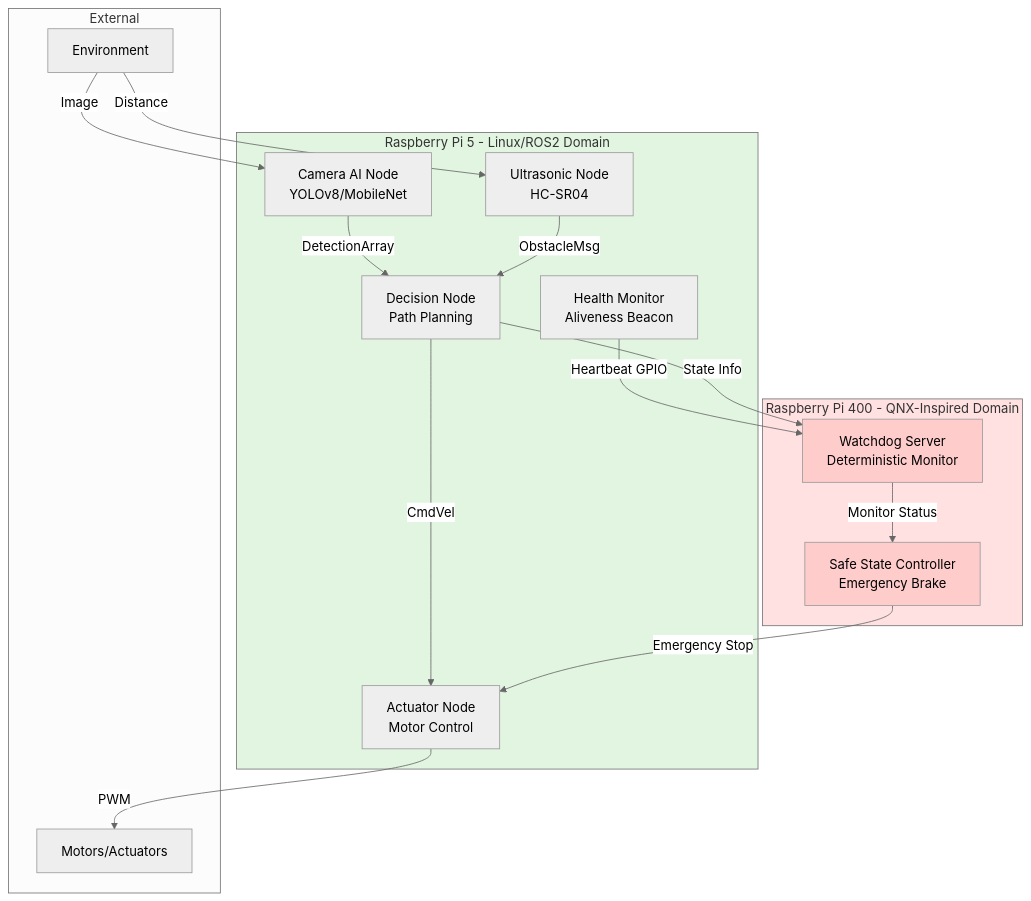
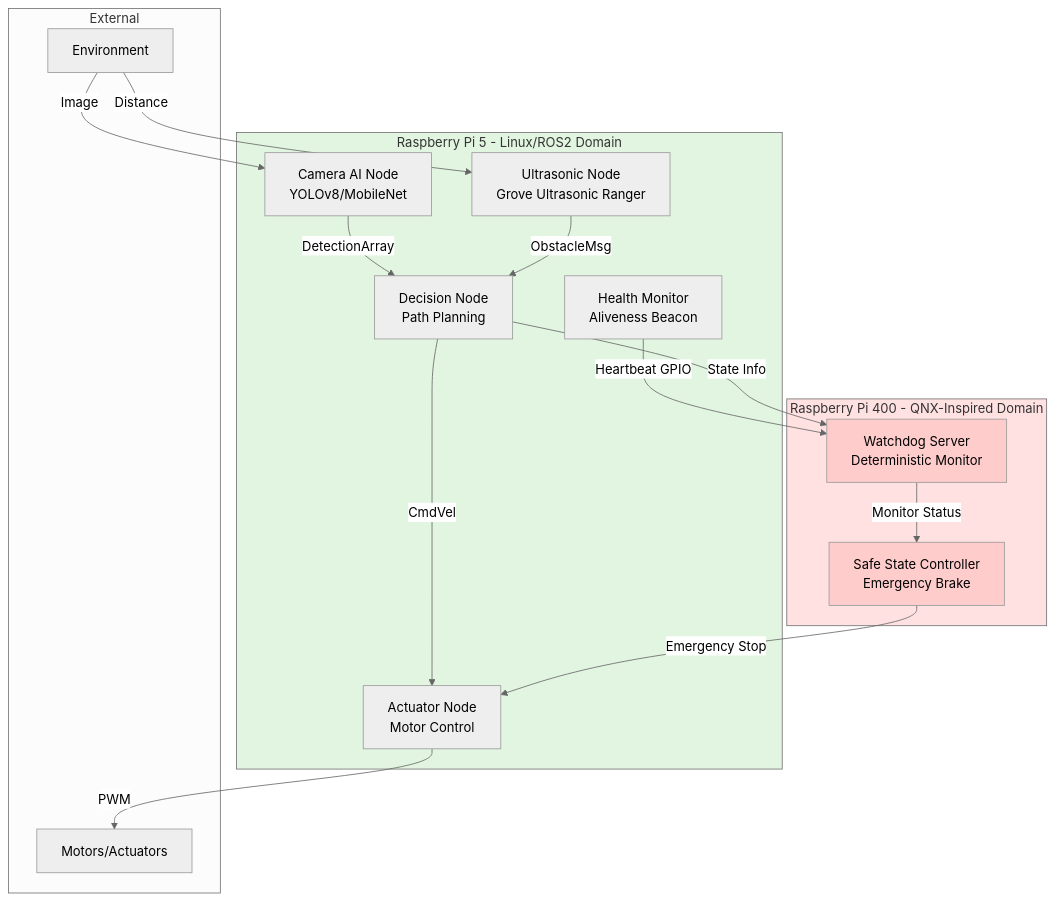
One commit to tipou82/safety-supervised-edge-ai-demo changed the first of 2 diagrams in docs/architecture.md. Above: the diagram before and after it, drawn with Mermaid (neutral theme). The commit also changed other lines of this file and 4 other files, not shown here.

````diff
--- a/docs/architecture.md
+++ b/docs/architecture.md
@@ -9,37 +9,37 @@
 ```mermaid
 graph TB
     subgraph Pi5["Raspberry Pi 5 - Linux/ROS2 Domain"]
         Camera[Camera AI Node<br/>YOLOv8/MobileNet]
-        Ultra[Ultrasonic Node<br/>HC-SR04]
+        Ultra[Ultrasonic Node<br/>Grove Ultrasonic Ranger]
         Decision[Decision Node<br/>Path Planning]
         Actuator[Actuator Node<br/>Motor Control]
         Health[Health Monitor<br/>Aliveness Beacon]
     end
 
     subgraph Pi400["Raspberry Pi 400 - QNX-Inspired Domain"]
         WDG[Watchdog Server<br/>Deterministic Monitor]
         SafeCtrl[Safe State Controller<br/>Emergency Brake]
     end
 
     subgraph External
         Env[Environment]
         Motors[Motors/Actuators]
     end
 
     Env -->|Image| Camera
     Env -->|Distance| Ultra
     Camera -->|DetectionArray| Decision
     Ultra -->|ObstacleMsg| Decision
     Decision -->|CmdVel| Actuator
     Actuator -->|PWM| Motors
 
     Health -->|Heartbeat GPIO| WDG
     Decision -->|State Info| WDG
     WDG -->|Monitor Status| SafeCtrl
     SafeCtrl -->|Emergency Stop| Actuator
 
     style Pi5 fill:#e1f5e1
     style Pi400 fill:#ffe1e1
     style WDG fill:#ffcccc
     style SafeCtrl fill:#ffcccc
 ```
````
